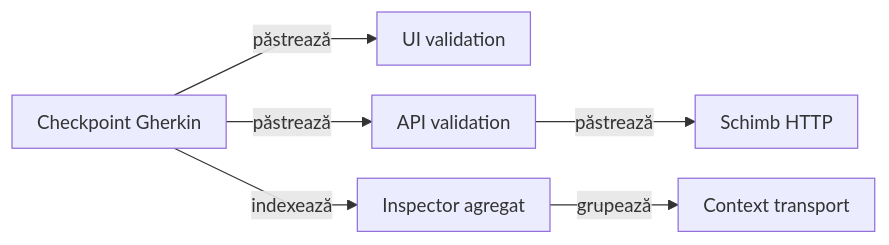
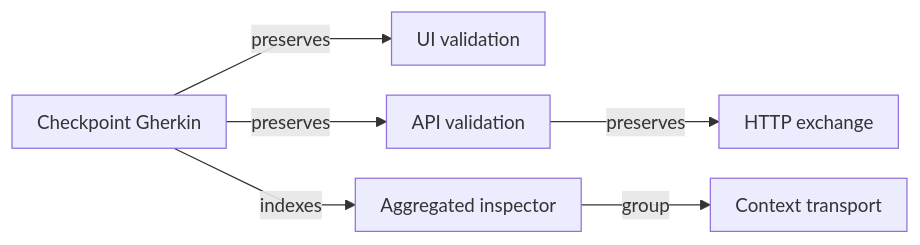
The seventh of 18 diagrams in atf-reporting/README.md (crististefanita/atf_j0), drawn with Mermaid before and after one commit. The commit also changed other lines of this file and 113 other files, not shown here.

````diff
--- a/atf-reporting/README.md
+++ b/atf-reporting/README.md
@@ -909,9 +775,9 @@
 ```mermaid
 %%{init: {"themeVariables":{"fontSize":"15px"},"themeCSS":".nodeLabel, .nodeLabel p { font-size: 15px !important; line-height: 1.35 !important; } .edgeLabel, .edgeLabel p { font-size: 12px !important; font-weight: 400 !important; line-height: 1.2 !important; } .edgeLabel .labelBkg, .edgeLabel p { background: transparent !important; } .edgeLabel foreignObject { transform: translateY(-18px); overflow: visible; } .node rect { rx: 6px; ry: 6px; }","flowchart":{"curve":"linear","nodeSpacing":24,"rankSpacing":40,"padding":10,"diagramPadding":16}}}%%
 flowchart LR
-    Checkpoint["Checkpoint Gherkin"] -->|păstrează| Ui["UI validation"]
-    Checkpoint -->|păstrează| Api["API validation"]
-    Api -->|păstrează| Evidence["Schimb HTTP"]
-    Checkpoint -->|indexează| Aggregate["Inspector agregat"]
-    Aggregate -->|grupează| Facts["Context transport"]
+    Checkpoint["Checkpoint Gherkin"] -->|preserves| Ui["UI validation"]
+    Checkpoint -->|preserves| Api["API validation"]
+    Api -->|preserves| Evidence["HTTP exchange"]
+    Checkpoint -->|indexes| Aggregate["Aggregated inspector"]
+    Aggregate -->|group| Facts["Context transport"]
 ```
````
